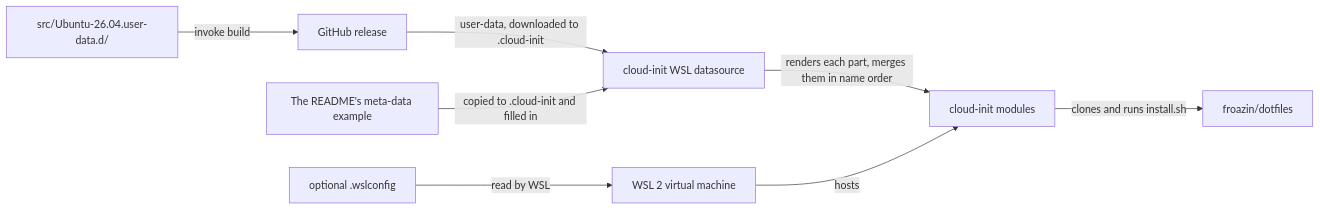
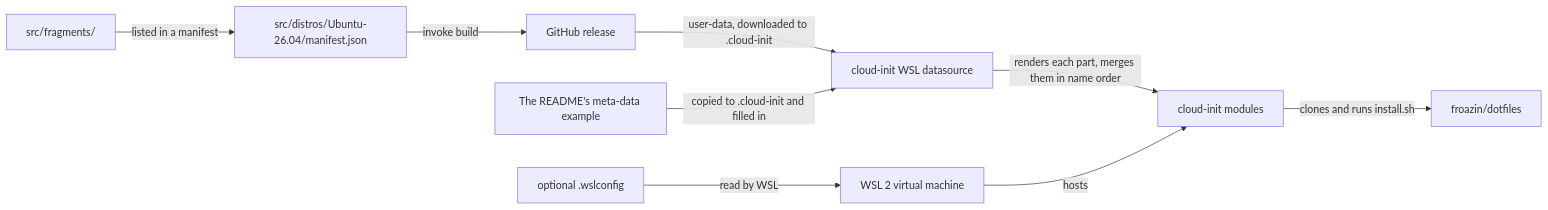
Before and after one commit to froazin/wsl: the diagram in README.md, drawn with Mermaid. The commit also changed other lines of this file and 39 other files, not shown here.

First line of the commit message:
feat(tooling): Build each distro's user-data from a manifest

````diff
--- a/README.md
+++ b/README.md
@@ -176,12 +195,13 @@
 ```mermaid
 flowchart LR
     accTitle: How the files reach the instance
-    accDescr: invoke build joins the parts in src into one MIME user-data, and the release workflow publishes it. You download it into your Windows profile, and write the meta-data beside it from the README's example. cloud-init's WSL datasource reads them, renders each part's Jinja with the meta-data, merges the parts in name order and runs the cloud-config, which installs the dotfiles for the user and for root. WSL reads the optional .wslconfig.
-    parts["src/Ubuntu-26.04.user-data.d/"] -->|"invoke build"| release["GitHub release"]
+    accDescr: invoke build joins the fragments each distro's manifest lists into one MIME user-data for the distro, and the release workflow publishes it. You download it into your Windows profile, and write the meta-data beside it from the README's example. cloud-init's WSL datasource reads them, renders each part's Jinja with the meta-data, merges the parts in name order and runs the cloud-config, which installs the dotfiles for the user and for root. WSL reads the optional .wslconfig.
+    parts["src/fragments/"] -->|"listed in a manifest"| manifest["src/distros/Ubuntu-26.04/manifest.json"]
+    manifest -->|"invoke build"| release["GitHub release"]
     release -->|"user-data, downloaded to .cloud-init"| ds["cloud-init WSL datasource"]
     example["The README's meta-data example"] -->|"copied to .cloud-init and filled in"| ds
     ds -->|"renders each part, merges them in name order"| modules["cloud-init modules"]
     wslconfig["optional .wslconfig"] -->|"read by WSL"| vm["WSL 2 virtual machine"]
     vm -->|hosts| modules
     modules -->|"clones and runs install.sh"| dotfiles["froazin/dotfiles"]
 ```
````
